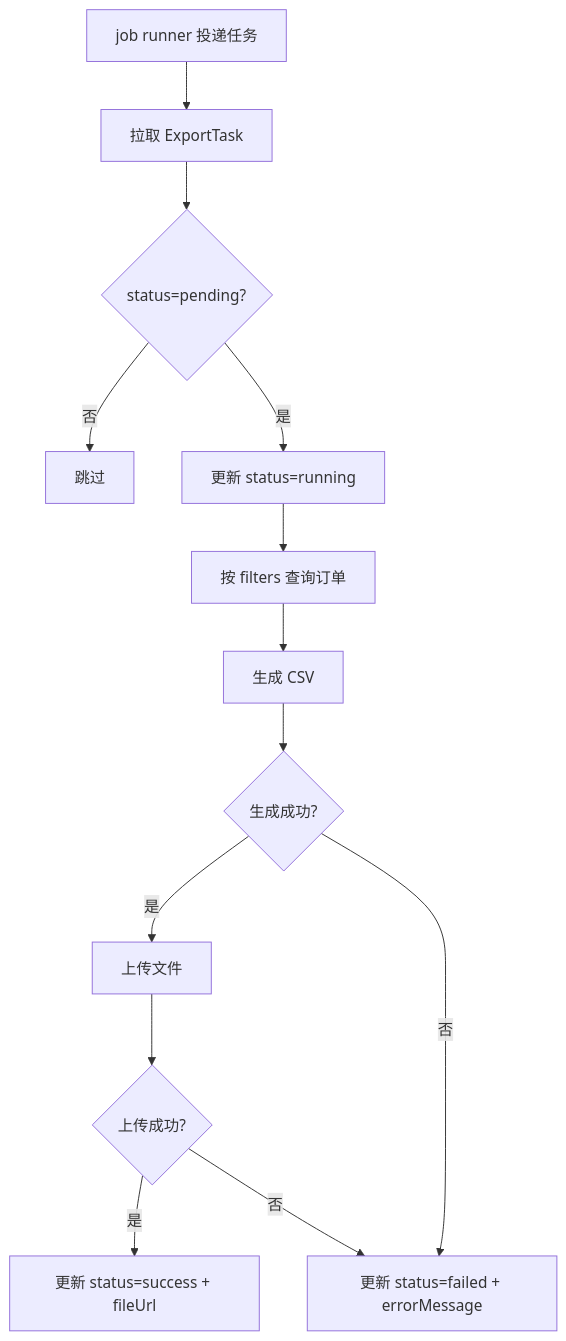
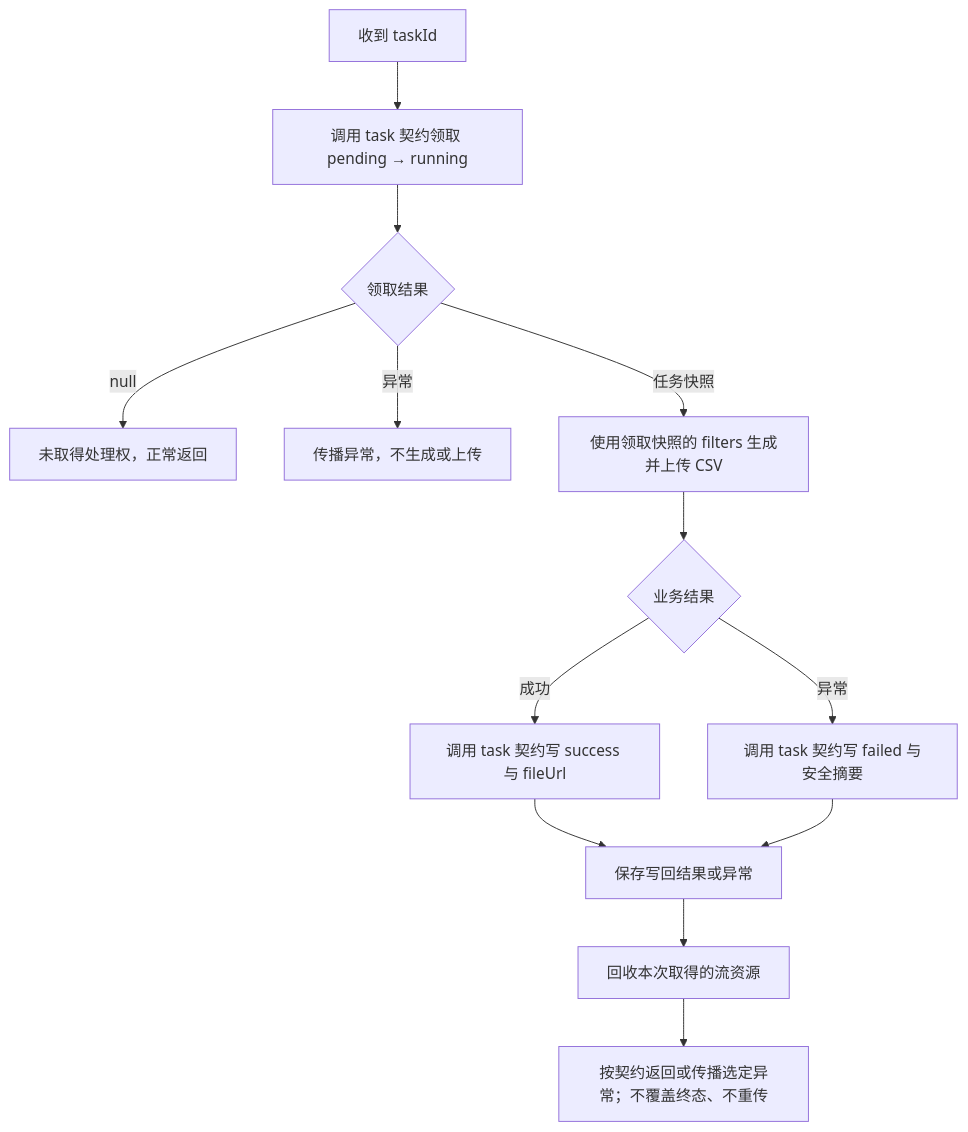
The diagram in plugins/designer/skills/architect/references/examples/csv/index.md (lightcodehub/agent-tools), drawn with Mermaid before and after one commit. The commit also changed other lines of this file and 41 other files, not shown here.

````diff
--- a/plugins/designer/skills/architect/references/examples/csv/index.md
+++ b/plugins/designer/skills/architect/references/examples/csv/index.md
@@ -38,15 +46,15 @@
 ```mermaid
 flowchart TD
-    A["job runner 投递任务"] --> B["拉取 ExportTask"]
-    B --> C{"status=pending?"}
-    C -->|否| D["跳过"]
-    C -->|是| E["更新 status=running"]
-    E --> F["按 filters 查询订单"]
-    F --> G["生成 CSV"]
-    G --> H{"生成成功?"}
-    H -->|是| I["上传文件"]
-    I --> L{"上传成功?"}
-    L -->|是| J["更新 status=success + fileUrl"]
-    L -->|否| K["更新 status=failed + errorMessage"]
-    H -->|否| K
+    A["收到 taskId"] --> B["调用 task 契约领取 pending → running"]
+    B --> C{"领取结果"}
+    C -->|null| D["未取得处理权，正常返回"]
+    C -->|异常| X["传播异常，不生成或上传"]
+    C -->|任务快照| E["使用领取快照的 filters 生成并上传 CSV"]
+    E --> F{"业务结果"}
+    F -->|成功| G["调用 task 契约写 success 与 fileUrl"]
+    F -->|异常| H["调用 task 契约写 failed 与安全摘要"]
+    G --> I["保存写回结果或异常"]
+    H --> I
+    I --> J["回收本次取得的流资源"]
+    J --> K["按契约返回或传播选定异常；不覆盖终态、不重传"]
 ```
````
